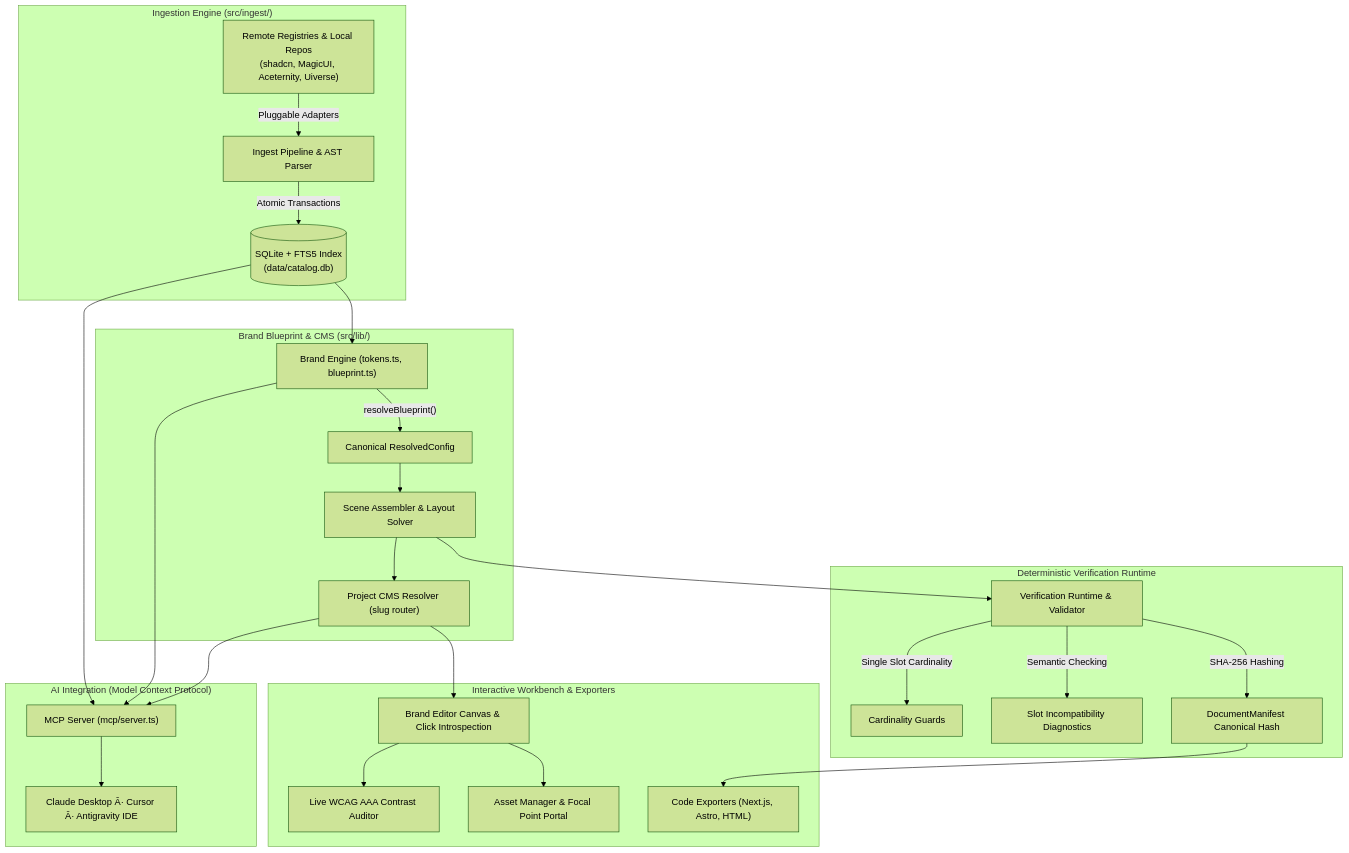
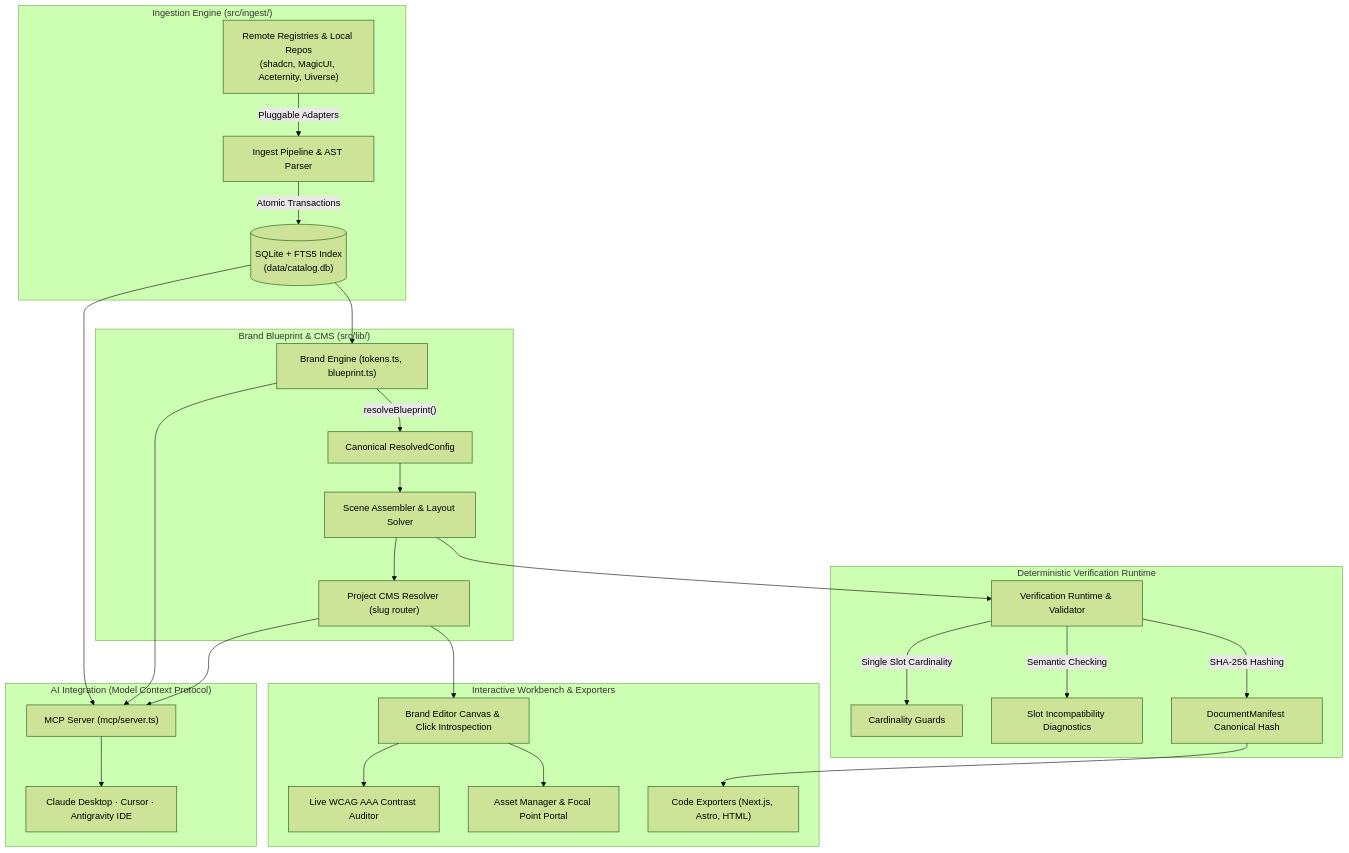
One commit to IvanjonasFC/Golden-Path-Studio changed the diagram in README.md. Above: the diagram before and after it, drawn with Mermaid (forest theme). The commit also changed other lines of this file and 3 other files, not shown here.

````diff
--- a/README.md
+++ b/README.md
@@ -63,33 +108,33 @@
 ```mermaid
 graph TD
     subgraph INGESTION ["Ingestion Engine (src/ingest/)"]
         SRC["Remote Registries & Local Repos<br/>(shadcn, MagicUI, Aceternity, Uiverse)"] -->|"Pluggable Adapters"| ING["Ingest Pipeline & AST Parser"]
         ING -->|"Atomic Transactions"| DB[("SQLite + FTS5 Index<br/>(data/catalog.db)")]
     end
 
     subgraph ENGINE ["Brand Blueprint & CMS (src/lib/)"]
         DB --> BRAND["Brand Engine (tokens.ts, blueprint.ts)"]
         BRAND -->|"resolveBlueprint()"| RESOLVED["Canonical ResolvedConfig"]
         RESOLVED --> ASSEMBLE["Scene Assembler & Layout Solver"]
         ASSEMBLE --> CMS["Project CMS Resolver (slug router)"]
     end
 
     subgraph VERIFICATION ["Deterministic Verification Runtime"]
         ASSEMBLE --> VERIFY["Verification Runtime & Validator"]
         VERIFY -->|"Single Slot Cardinality"| CHK1["Cardinality Guards"]
         VERIFY -->|"Semantic Checking"| CHK2["Slot Incompatibility Diagnostics"]
         VERIFY -->|"SHA-256 Hashing"| HASH["DocumentManifest Canonical Hash"]
     end
 
     subgraph RUNTIME ["Interactive Workbench & Exporters"]
         CMS --> CANVAS["Brand Editor Canvas & Click Introspection"]
         CANVAS --> WCAG["Live WCAG AAA Contrast Auditor"]
         CANVAS --> ASSETS["Asset Manager & Focal Point Portal"]
         HASH --> EXP["Code Exporters (Next.js, Astro, HTML)"]
     end
 
     subgraph AI ["AI Integration (Model Context Protocol)"]
         DB & BRAND & CMS --> MCP["MCP Server (mcp/server.ts)"]
-        MCP --> CLIENTS["Claude Desktop Â· Cursor Â· Antigravity IDE"]
+        MCP --> CLIENTS["Claude Desktop · Cursor · Antigravity IDE"]
     end
 ```
````
